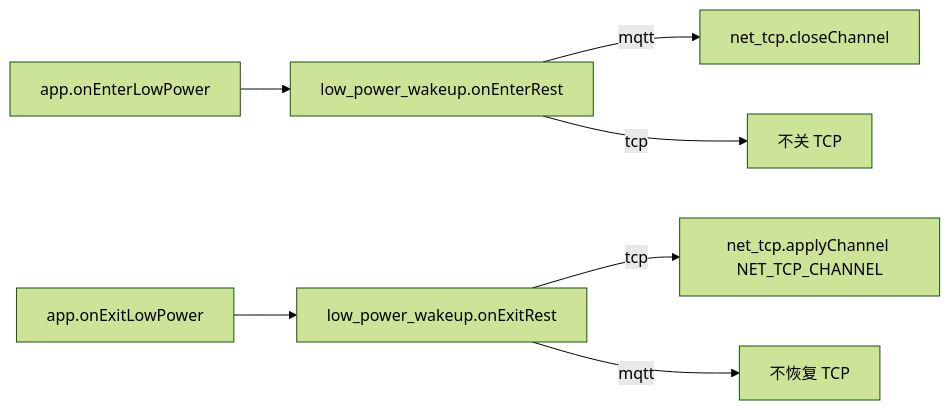
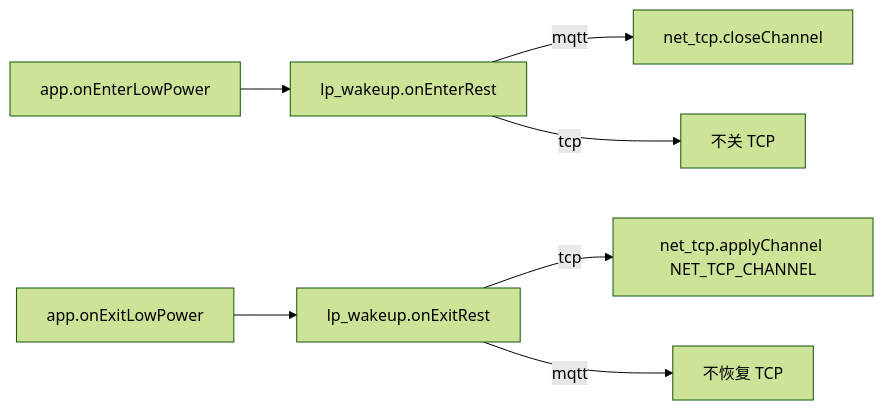
Before and after one commit to dzr1986/AIR780EHM: the diagram in doc/modules/LOW_POWER_WAKEUP.md, drawn with Mermaid (forest theme). The commit also changed other lines of this file and 27 other files, not shown here.

````diff
--- a/doc/modules/LOW_POWER_WAKEUP.md
+++ b/doc/modules/LOW_POWER_WAKEUP.md
@@ -40,9 +40,9 @@
 ```mermaid
 flowchart LR
-    EN[app.onEnterLowPower] --> LPW1[low_power_wakeup.onEnterRest]
+    EN[app.onEnterLowPower] --> LPW1[lp_wakeup.onEnterRest]
     LPW1 -->|mqtt| CLOSE[net_tcp.closeChannel]
     LPW1 -->|tcp| SKIP1[不关 TCP]
-    EX[app.onExitLowPower] --> LPW2[low_power_wakeup.onExitRest]
+    EX[app.onExitLowPower] --> LPW2[lp_wakeup.onExitRest]
     LPW2 -->|tcp| REST[net_tcp.applyChannel NET_TCP_CHANNEL]
     LPW2 -->|mqtt| SKIP2[不恢复 TCP]
 ```
````
